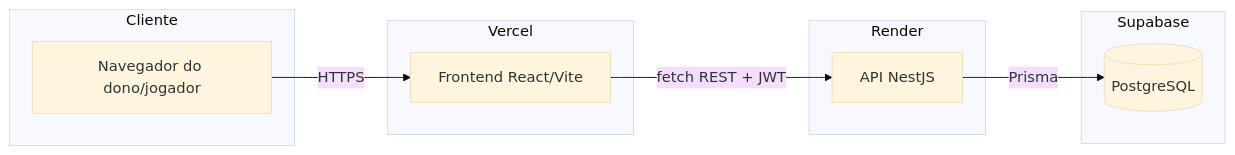
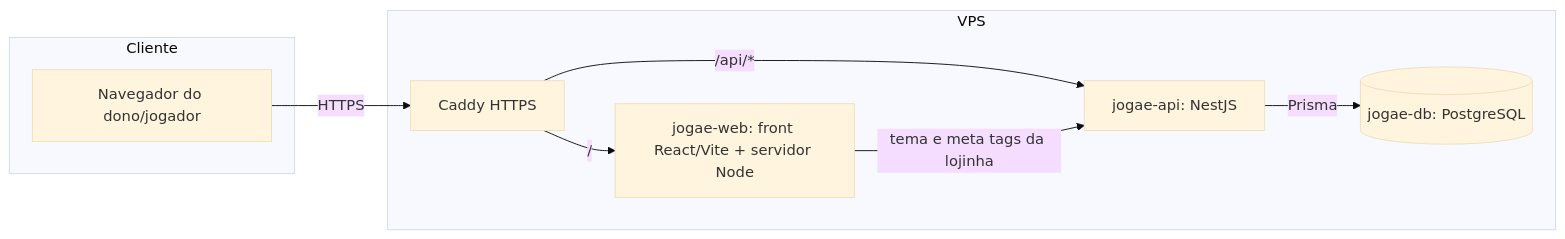
One commit to jogaesports26/jogae-sports changed the diagram in docs/DOCUMENTACAO.md. Above: the diagram before and after it, drawn with Mermaid (base theme). The commit also changed other lines of this file and 5 other files, not shown here.

First line of the commit message:
docs: hospedagem na VPS, passo a passo local sem Supabase e notas de historico

````diff
--- a/docs/DOCUMENTACAO.md
+++ b/docs/DOCUMENTACAO.md
@@ -64,19 +63,18 @@
 ```mermaid
 flowchart LR
     subgraph Cliente
         A[Navegador do dono/jogador]
     end
-    subgraph Vercel
-        B[Frontend React/Vite]
-    end
-    subgraph Render
-        C[API NestJS]
-    end
-    subgraph Supabase
-        D[(PostgreSQL)]
+    subgraph VPS
+        P[Caddy HTTPS]
+        B[jogae-web: front React/Vite + servidor Node]
+        C[jogae-api: NestJS]
+        D[(jogae-db: PostgreSQL)]
     end
 
-    A -->|HTTPS| B
-    B -->|fetch REST + JWT| C
+    A -->|HTTPS| P
+    P -->|/| B
+    P -->|/api/*| C
+    B -->|tema e meta tags da lojinha| C
     C -->|Prisma| D
 ```
````
